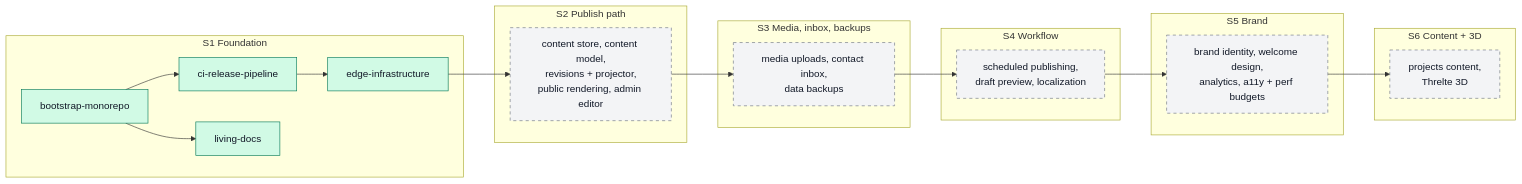
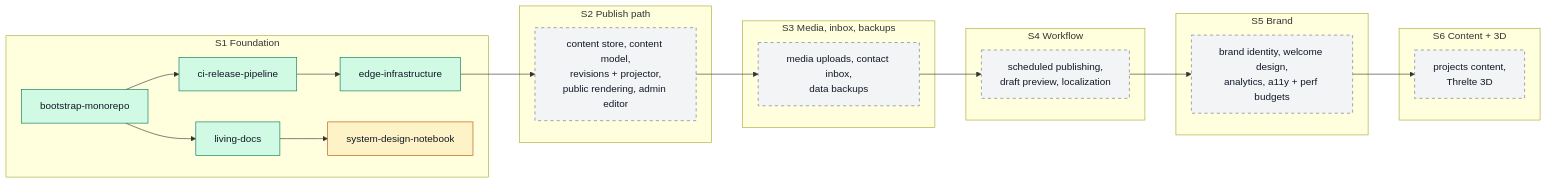
Before and after one commit to ycmcuenca/ycmcuenca-core: the diagram in docs/ROADMAP.md, drawn with Mermaid. The commit also changed other lines of this file and 7 other files, not shown here.

````diff
--- a/docs/ROADMAP.md
+++ b/docs/ROADMAP.md
@@ -37,34 +37,35 @@
 ```mermaid
 flowchart LR
     subgraph S1["S1 Foundation"]
         bootstrap["bootstrap-monorepo"]:::archived
         ci["ci-release-pipeline"]:::archived
         edge["edge-infrastructure"]:::archived
         docs["living-docs"]:::archived
+        notebook["system-design-notebook"]:::inProgress
     end
     subgraph S2["S2 Publish path"]
         s2["content store, content model,<br/>revisions + projector,<br/>public rendering, admin editor"]:::planned
     end
     subgraph S3["S3 Media, inbox, backups"]
         s3["media uploads, contact inbox,<br/>data backups"]:::planned
     end
     subgraph S4["S4 Workflow"]
         s4["scheduled publishing,<br/>draft preview, localization"]:::planned
     end
     subgraph S5["S5 Brand"]
         s5["brand identity, welcome design,<br/>analytics, a11y + perf budgets"]:::planned
     end
     subgraph S6["S6 Content + 3D"]
         s6["projects content,<br/>Threlte 3D"]:::planned
     end
 
     bootstrap --> ci --> edge
-    bootstrap --> docs
+    bootstrap --> docs --> notebook
     edge --> s2 --> s3 --> s4 --> s5 --> s6
 
     classDef archived fill:#d1fae5,stroke:#047857,color:#111827
     classDef merged fill:#dbeafe,stroke:#1d4ed8,color:#111827
     classDef inProgress fill:#fef3c7,stroke:#b45309,color:#111827
     classDef proposed fill:#ede9fe,stroke:#6d28d9,color:#111827
     classDef planned fill:#f3f4f6,stroke:#6b7280,color:#111827,stroke-dasharray:5 5
 ```
````
